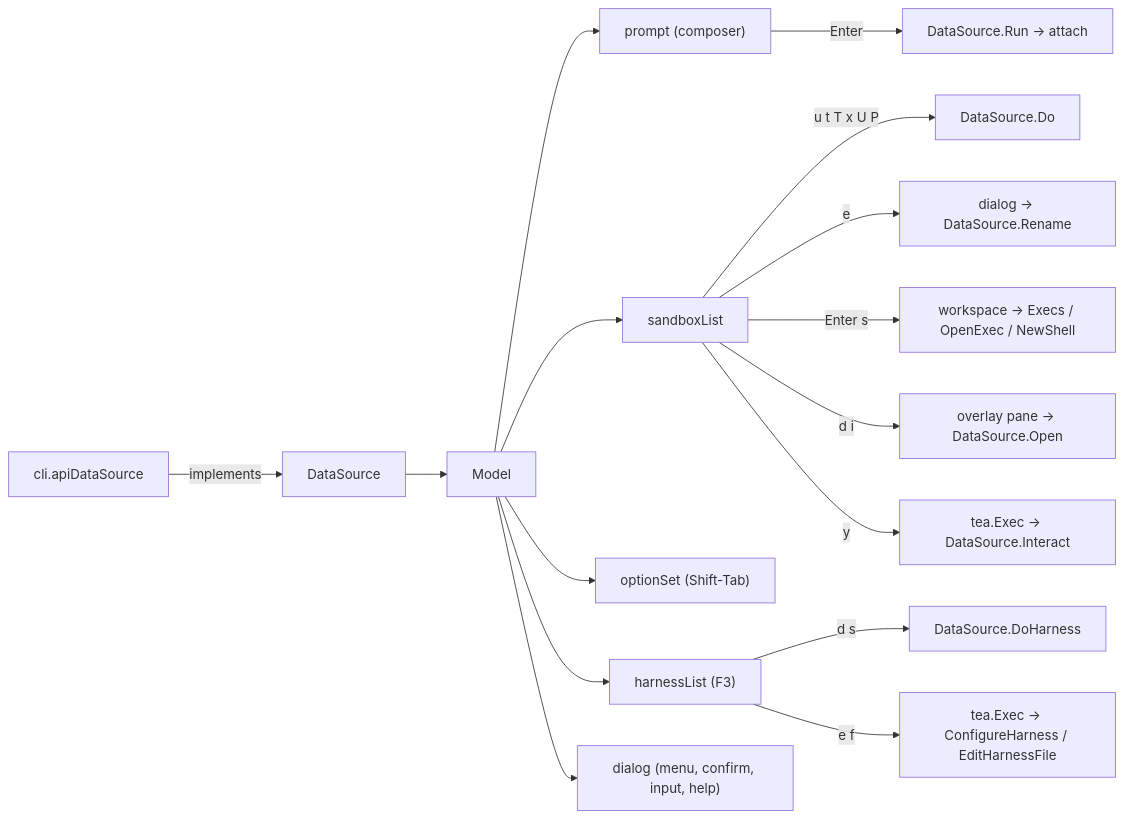
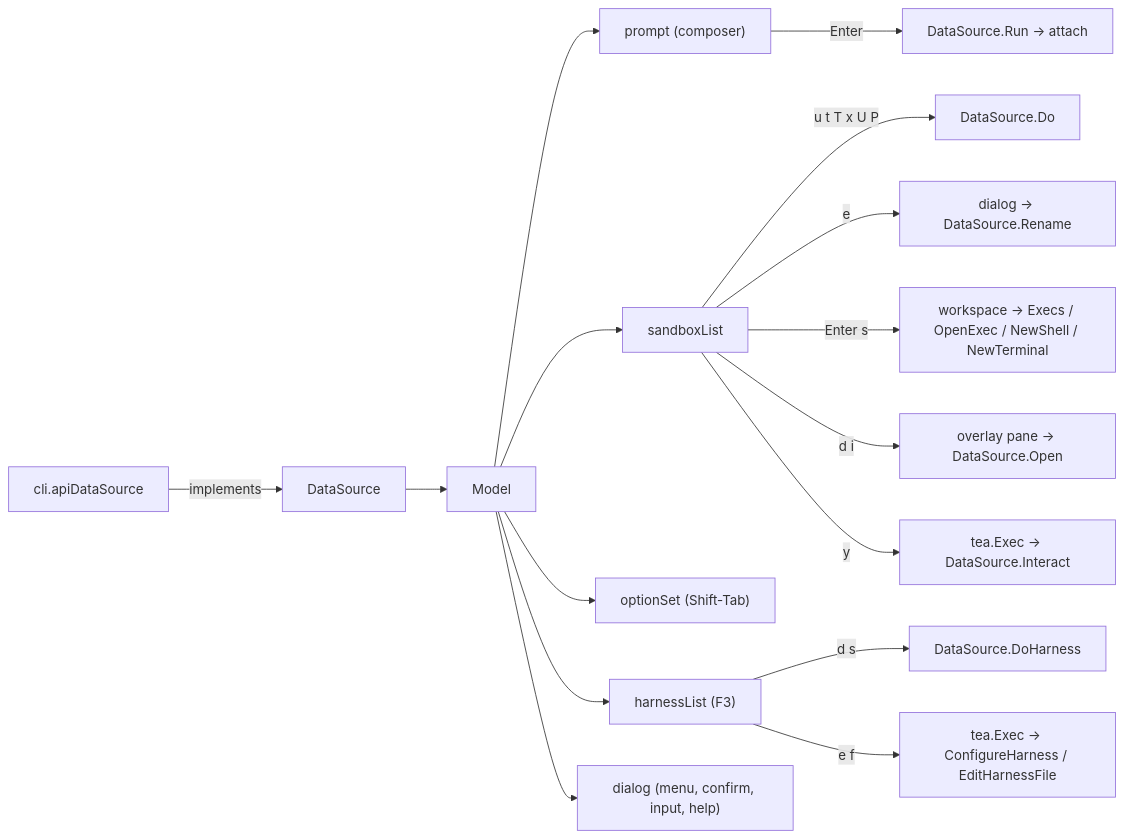
The diagram in cli/internal/tui/DESIGN.md (discobox-ai/discobox), drawn with Mermaid before and after one commit. The commit also changed other lines of this file and 13 other files, not shown here.

First line of the commit message:
feat(tui): open more terminals in the workspace's left column

````diff
--- a/cli/internal/tui/DESIGN.md
+++ b/cli/internal/tui/DESIGN.md
@@ -12,18 +12,18 @@
 ```mermaid
 flowchart LR
     CLI["cli.apiDataSource"] -->|implements| DS["DataSource"]
     DS --> M["Model"]
     M --> P["prompt (composer)"]
     M --> L["sandboxList"]
     M --> O["optionSet (Shift-Tab)"]
     M --> A["harnessList (F3)"]
     M --> D["dialog (menu, confirm, input, help)"]
     P -->|Enter| Run["DataSource.Run → attach"]
     L -->|u t T x U P| Verb["DataSource.Do"]
     L -->|e| Rename["dialog → DataSource.Rename"]
-    L -->|Enter s| WS["workspace → Execs / OpenExec / NewShell"]
+    L -->|Enter s| WS["workspace → Execs / OpenExec / NewShell / NewTerminal"]
     L -->|d i| Overlay["overlay pane → DataSource.Open"]
     L -->|y| Exec["tea.Exec → DataSource.Interact"]
     A -->|d s| AVerb["DataSource.DoHarness"]
     A -->|e f| AExec["tea.Exec → ConfigureHarness / EditHarnessFile"]
 ```
````
